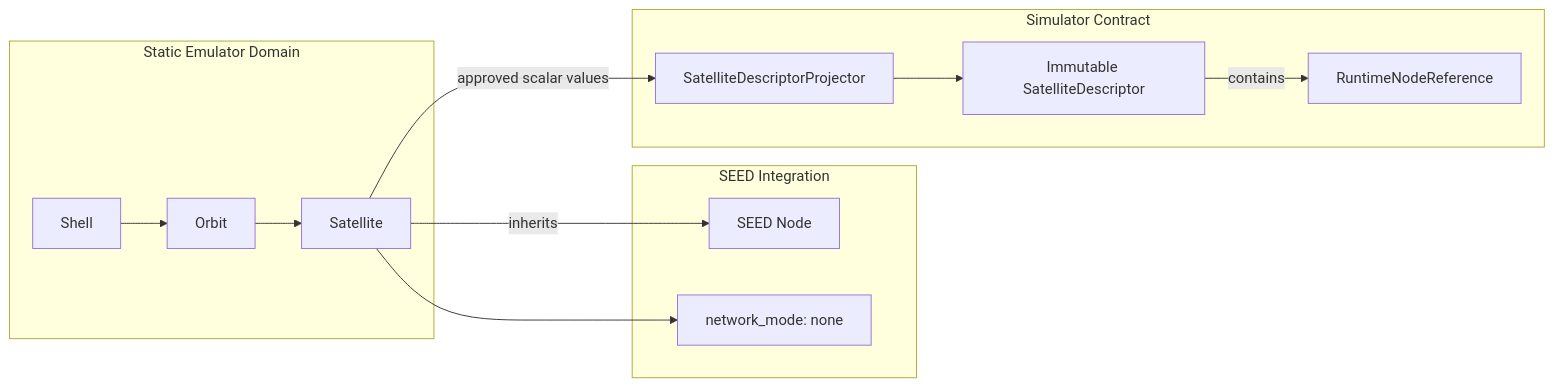
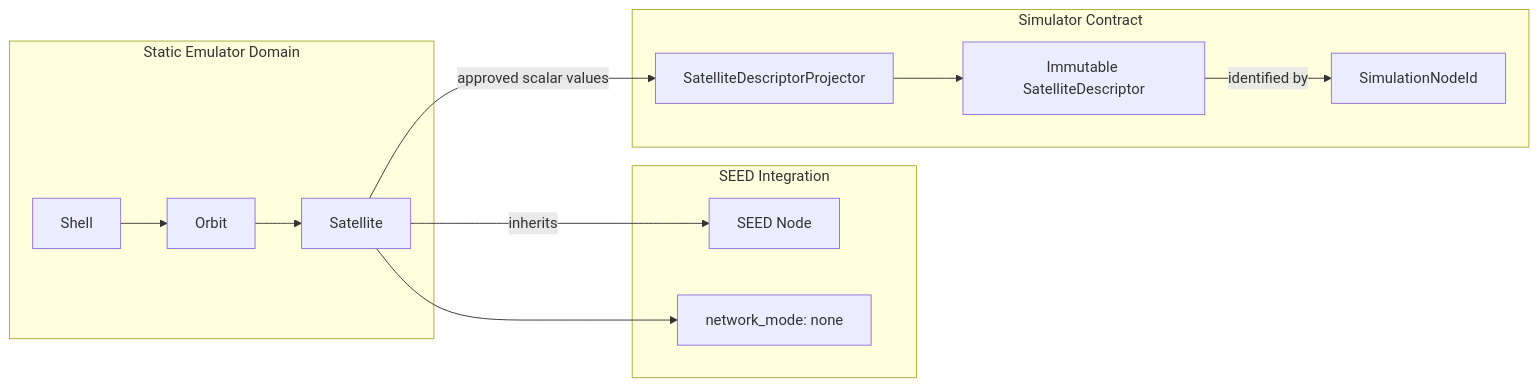
Before and after one commit to seed-labs/skyseed: the fifth of 9 diagrams in skyseed_v2/docs/architecture/diagrams.md, drawn with Mermaid. The commit also changed other lines of this file and 27 other files, not shown here.

Commit message:
Replace runtime references with logical simulation IDs

````diff
--- a/skyseed_v2/docs/architecture/diagrams.md
+++ b/skyseed_v2/docs/architecture/diagrams.md
@@ -118,21 +118,21 @@
 ```mermaid
 flowchart LR
     subgraph Domain[Static Emulator Domain]
         Shell --> Orbit --> Satellite
     end
 
     subgraph SeedIntegration[SEED Integration]
         Satellite -->|inherits| SeedNode[SEED Node]
         Container[network_mode: none]
         Satellite --> Container
     end
 
     subgraph Contract[Simulator Contract]
-        RuntimeRef[RuntimeNodeReference]
+        LogicalId[SimulationNodeId]
         Projector[SatelliteDescriptorProjector]
         Descriptor[Immutable SatelliteDescriptor]
         Satellite -->|approved scalar values| Projector
         Projector --> Descriptor
-        Descriptor -->|contains| RuntimeRef
+        Descriptor -->|identified by| LogicalId
     end
 ```
````
